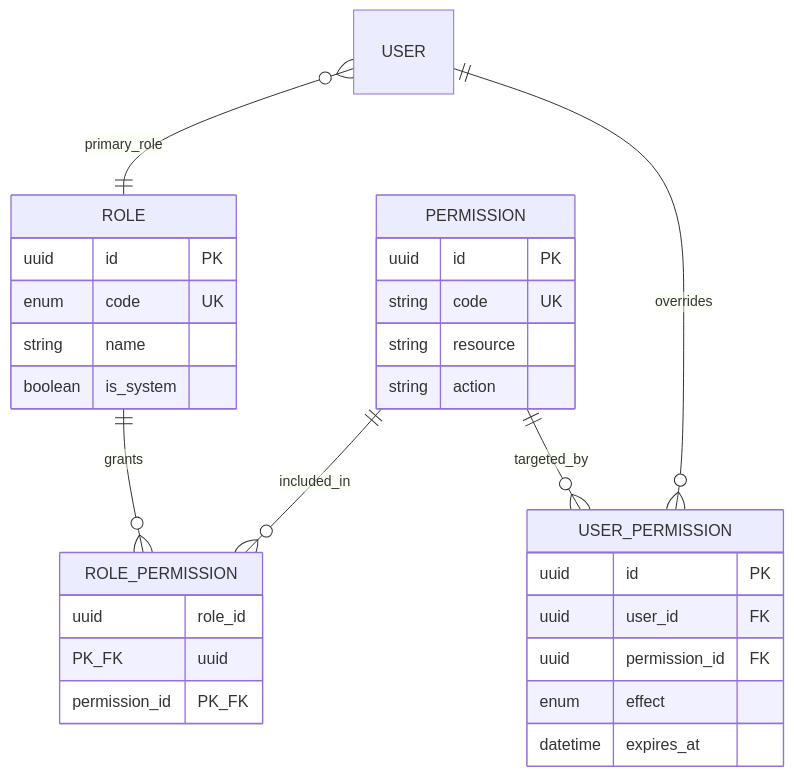
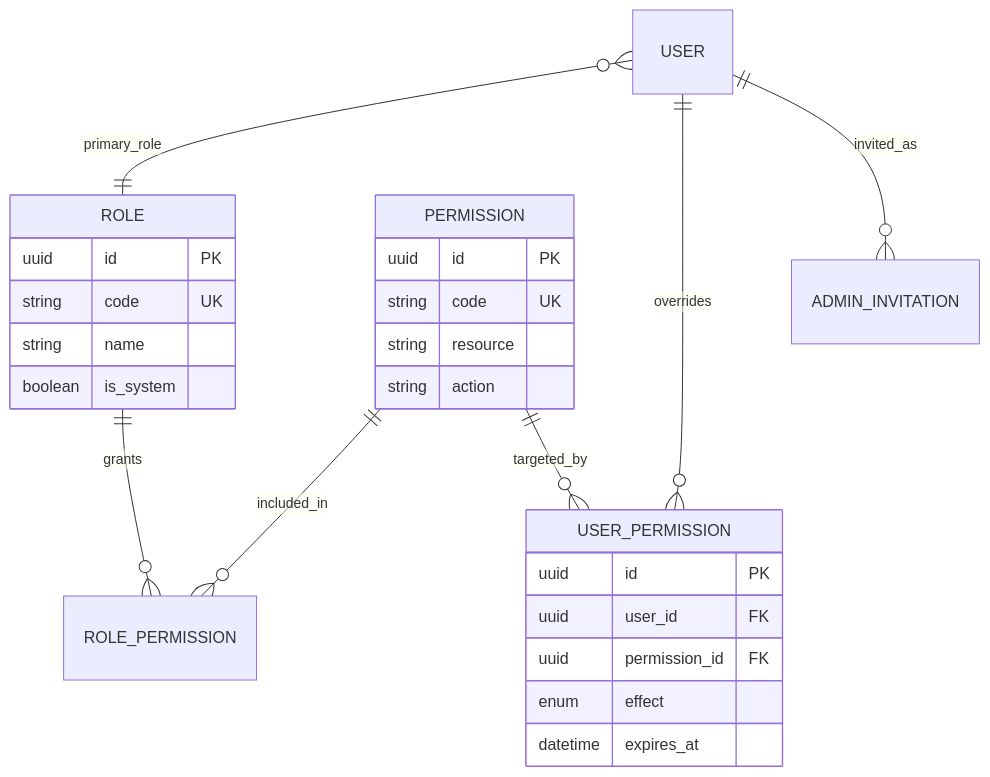
One commit to golpochat/community-marketplace changed the first of 3 diagrams in docs/db/erd.md. Above: the diagram before and after it, drawn with Mermaid. The commit also changed other lines of this file and 64 other files, not shown here.

````diff
--- a/docs/db/erd.md
+++ b/docs/db/erd.md
@@ -7,35 +11,31 @@
 ```mermaid
 erDiagram
     ROLE ||--o{ ROLE_PERMISSION : grants
     PERMISSION ||--o{ ROLE_PERMISSION : included_in
     USER }o--|| ROLE : primary_role
     USER ||--o{ USER_PERMISSION : overrides
     PERMISSION ||--o{ USER_PERMISSION : targeted_by
+    USER ||--o{ ADMIN_INVITATION : invited_as
 
     ROLE {
         uuid id PK
-        enum code UK
+        string code UK
         string name
         boolean is_system
     }
 
     PERMISSION {
         uuid id PK
         string code UK
         string resource
         string action
     }
 
-    ROLE_PERMISSION {
-        uuid role_id PK_FK
-        uuid permission_id PK_FK
-    }
-
     USER_PERMISSION {
         uuid id PK
         uuid user_id FK
         uuid permission_id FK
         enum effect
         datetime expires_at
     }
 ```
````
